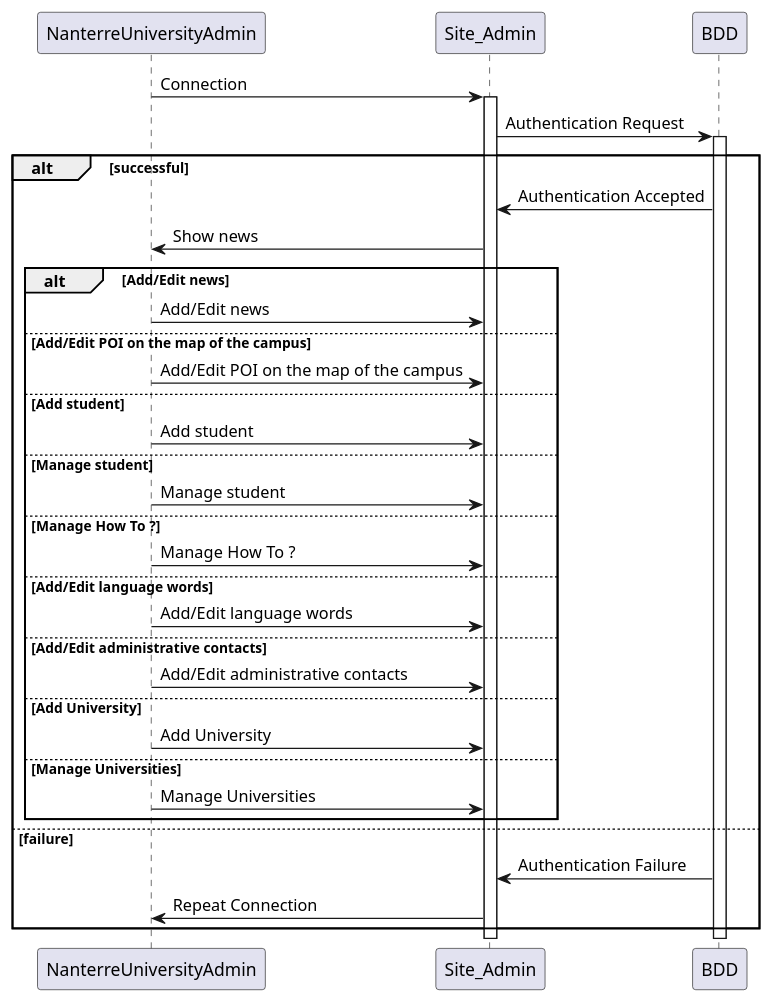
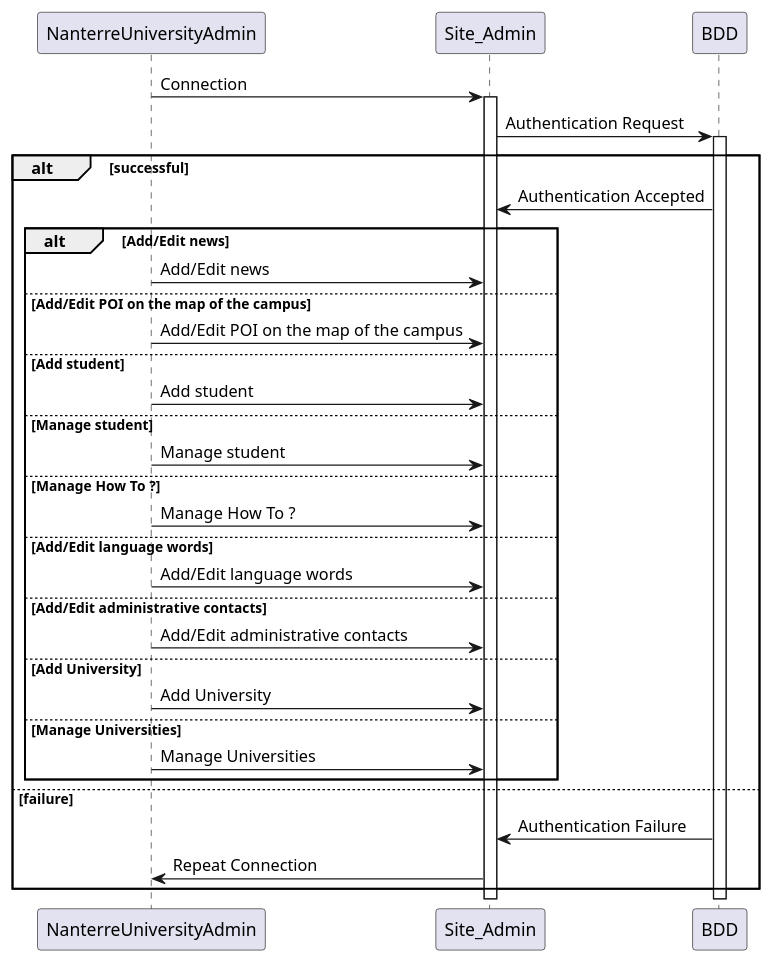
Before and after one commit to Miage-Paris-Ouest/m1c20152016-mobonline: the diagram in diagrams/NanterreUniversityAdminSequence.puml, drawn with PlantUML. The commit also changed 4 other files, not shown here.

```diff
--- a/diagrams/NanterreUniversityAdminSequence.puml
+++ b/diagrams/NanterreUniversityAdminSequence.puml
@@ -1,50 +1,49 @@
 @startuml
 
 NanterreUniversityAdmin -> Site_Admin: Connection
 activate Site_Admin
 
 
 Site_Admin -> BDD: Authentication Request
 activate BDD
 
 alt successful
 
     BDD -> Site_Admin: Authentication Accepted
-    Site_Admin->NanterreUniversityAdmin : Show news
 
         alt Add/Edit news
             NanterreUniversityAdmin -> Site_Admin: Add/Edit news
 
         else Add/Edit POI on the map of the campus
             NanterreUniversityAdmin -> Site_Admin: Add/Edit POI on the map of the campus
 
         else Add student
              NanterreUniversityAdmin -> Site_Admin: Add student
 
         else Manage student
              NanterreUniversityAdmin -> Site_Admin: Manage student
 
         else Manage How To ?
              NanterreUniversityAdmin -> Site_Admin: Manage How To ?
 
         else Add/Edit language words
             NanterreUniversityAdmin -> Site_Admin: Add/Edit language words
 
         else Add/Edit administrative contacts
              NanterreUniversityAdmin -> Site_Admin: Add/Edit administrative contacts
 
         else Add University
              NanterreUniversityAdmin -> Site_Admin: Add University
 
         else Manage Universities
              NanterreUniversityAdmin -> Site_Admin: Manage Universities
         end
 
 else failure
 
     BDD -> Site_Admin: Authentication Failure
     Site_Admin->NanterreUniversityAdmin : Repeat Connection
 end
 
 
 @enduml
```
